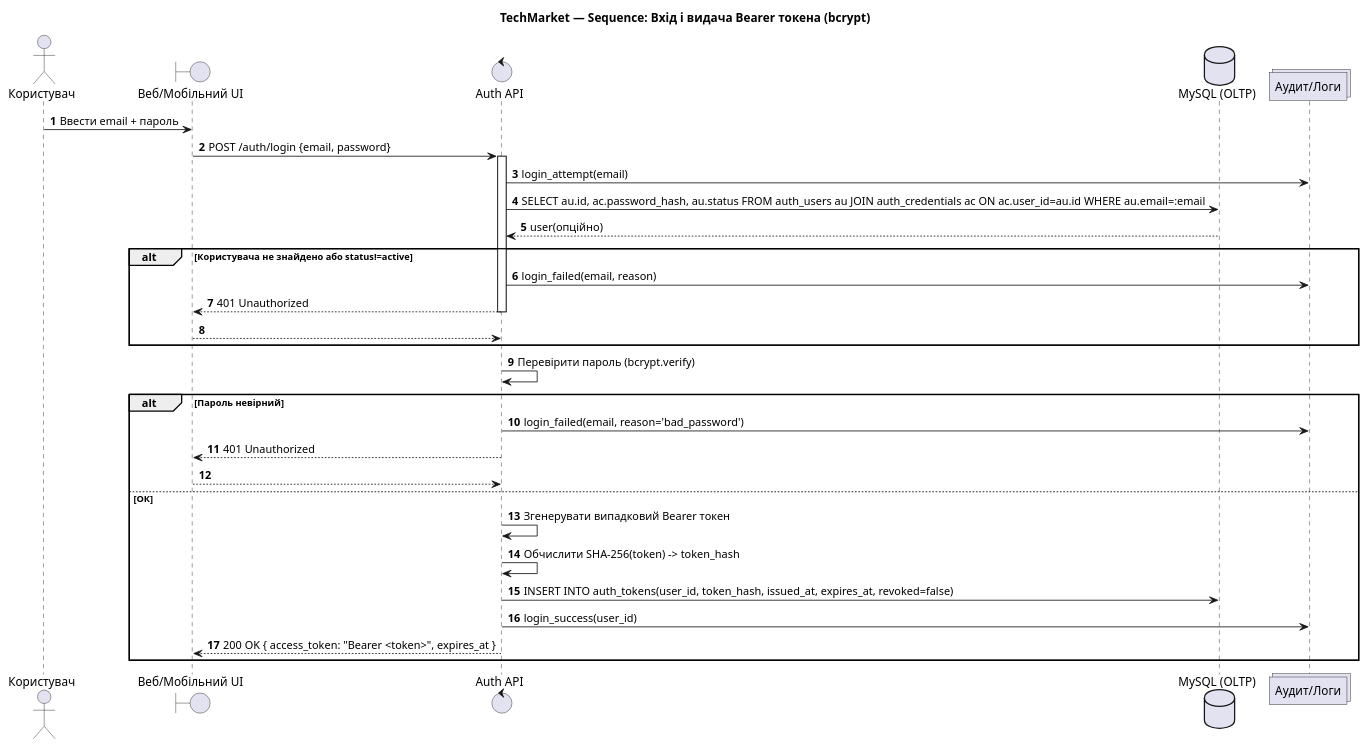
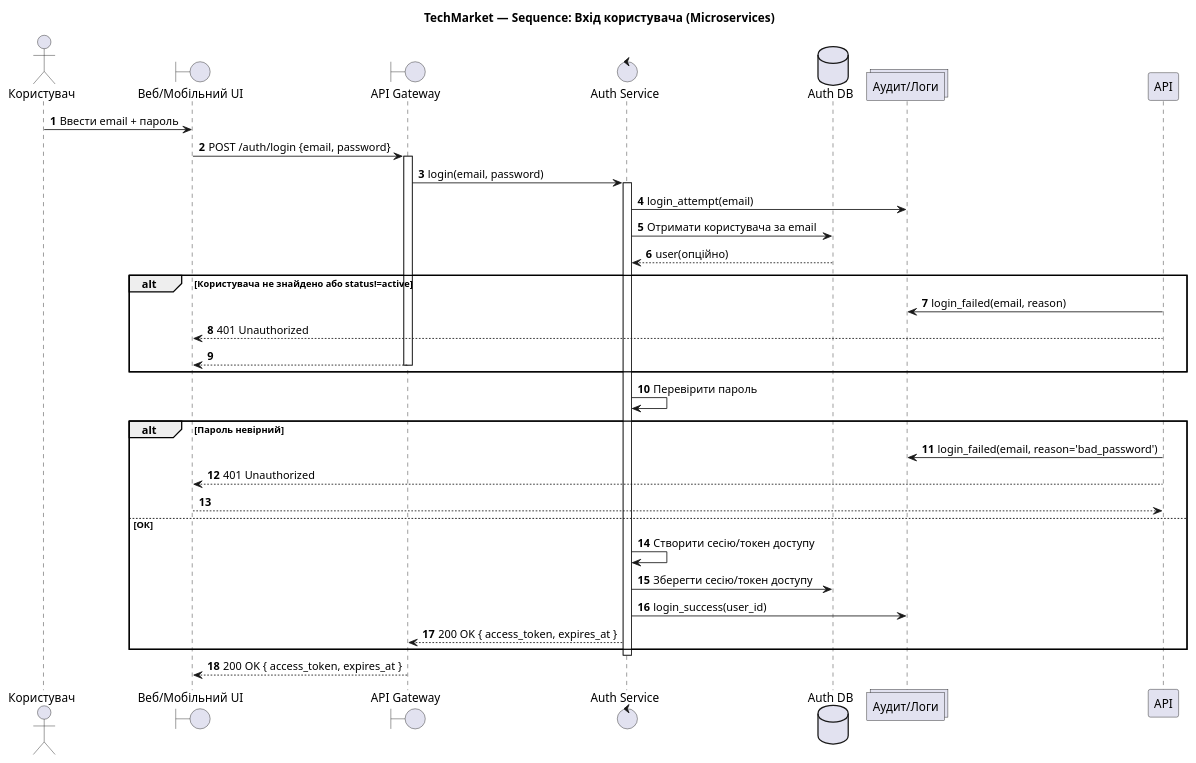
Before and after one commit to kshchuk/uni: the diagram in 9-sem/Info/docs/sequence_auth_login.puml, drawn with PlantUML. The commit also changed other lines of this file and 46 other files, not shown here.

```diff
--- a/9-sem/Info/docs/sequence_auth_login.puml
+++ b/9-sem/Info/docs/sequence_auth_login.puml
@@ -1,42 +1,45 @@
 @startuml TechMarket_Sequence_Auth_Login
-title TechMarket — Sequence: Вхід і видача Bearer токена (bcrypt)
+title TechMarket — Sequence: Вхід користувача (Microservices)
 autonumber
 
 actor "Користувач" as User
 boundary "Веб/Мобільний UI" as UI
-control "Auth API" as API
-database "MySQL (OLTP)" as DB
+boundary "API Gateway" as GW
+control "Auth Service" as AUTH
+database "Auth DB" as DB_AUTH
 collections "Аудит/Логи" as LOG
 
 User -> UI: Ввести email + пароль
-UI -> API: POST /auth/login {email, password}
-activate API
+UI -> GW: POST /auth/login {email, password}
+activate GW
+GW -> AUTH: login(email, password)
+activate AUTH
 
-API -> LOG: login_attempt(email)
-API -> DB: SELECT au.id, ac.password_hash, au.status FROM auth_users au JOIN auth_credentials ac ON ac.user_id=au.id WHERE au.email=:email
-DB --> API: user(опційно)
+AUTH -> LOG: login_attempt(email)
+AUTH -> DB_AUTH: Отримати користувача за email
+DB_AUTH --> AUTH: user(опційно)
 
 alt Користувача не знайдено або status!=active
   API -> LOG: login_failed(email, reason)
   API --> UI: 401 Unauthorized
   deactivate API
   return
 end
 
-API -> API: Перевірити пароль (bcrypt.verify)
+AUTH -> AUTH: Перевірити пароль
 alt Пароль невірний
   API -> LOG: login_failed(email, reason='bad_password')
   API --> UI: 401 Unauthorized
   deactivate API
   return
 else ОК
-  API -> API: Згенерувати випадковий Bearer токен
-  API -> API: Обчислити SHA-256(token) -> token_hash
-  API -> DB: INSERT INTO auth_tokens(user_id, token_hash, issued_at, expires_at, revoked=false)
-  API -> LOG: login_success(user_id)
-  API --> UI: 200 OK { access_token: "Bearer <token>", expires_at }
+  AUTH -> AUTH: Створити сесію/токен доступу
+  AUTH -> DB_AUTH: Зберегти сесію/токен доступу
+  AUTH -> LOG: login_success(user_id)
+  AUTH --> GW: 200 OK { access_token, expires_at }
 end
-
-deactivate API
+deactivate AUTH
+GW --> UI: 200 OK { access_token, expires_at }
+deactivate GW
 
 @enduml
```
